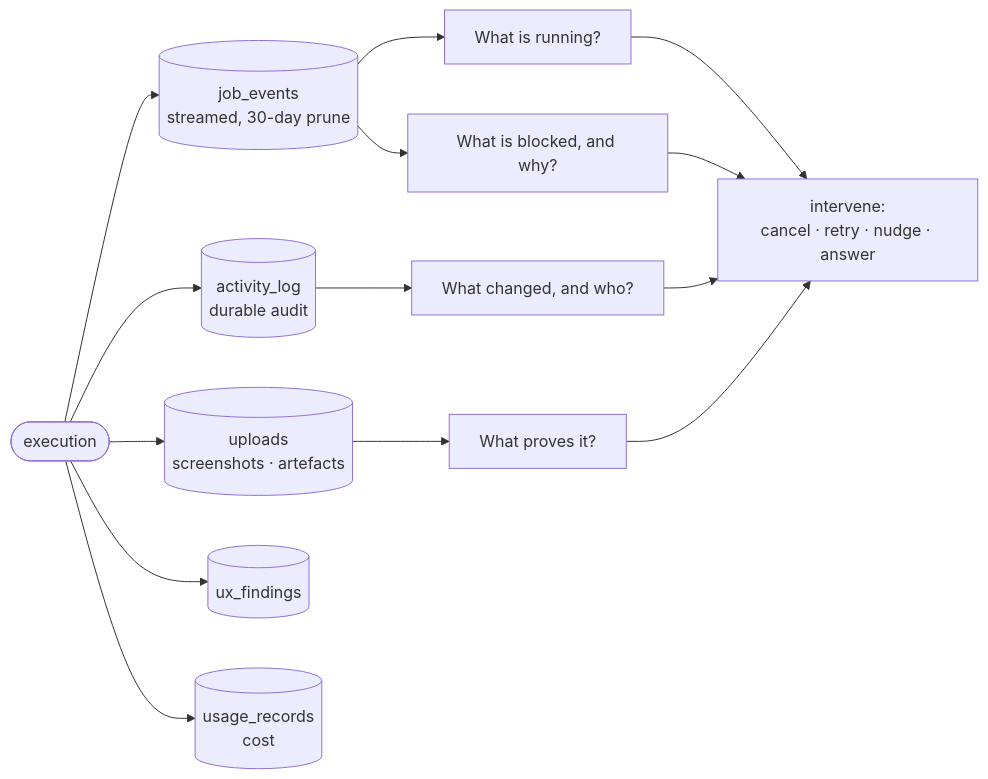
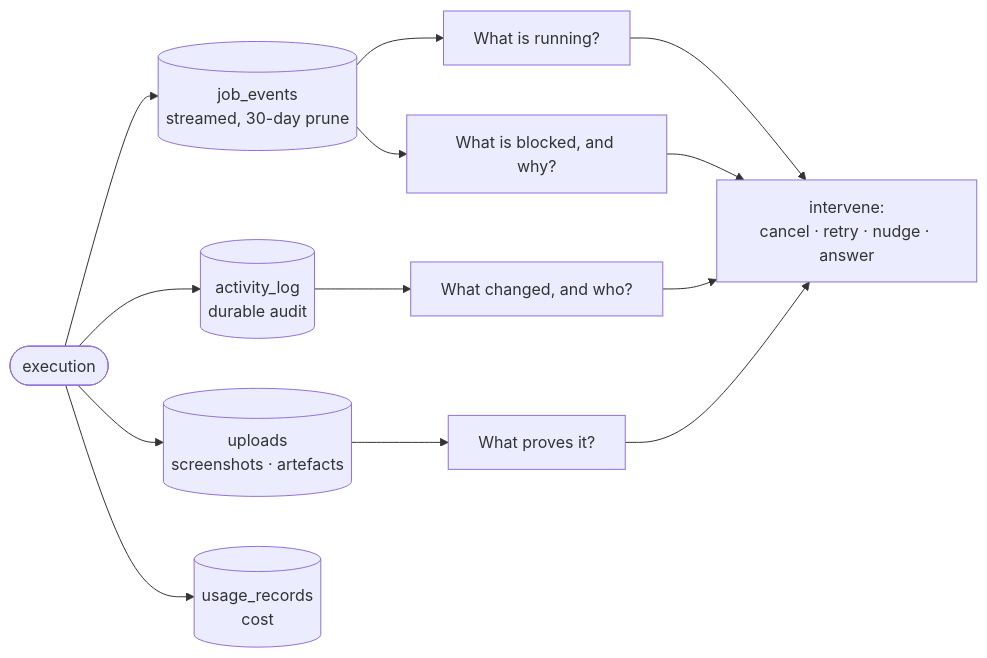
One commit to SidCorp-co/forge changed the diagram in docs/modules/control-observability/README.md. Above: the diagram before and after it, drawn with Mermaid. The commit also changed other lines of this file and 58 other files, not shown here.

````diff
--- a/docs/modules/control-observability/README.md
+++ b/docs/modules/control-observability/README.md
@@ -6,13 +6,12 @@
 ```mermaid
 flowchart LR
   EXEC([execution]) --> EV[(job_events<br/>streamed, 30-day prune)]
   EXEC --> AL[(activity_log<br/>durable audit)]
   EXEC --> UP[(uploads<br/>screenshots · artefacts)]
-  EXEC --> UX[(ux_findings)]
   EXEC --> UR[(usage_records<br/>cost)]
   EV --> Q1[What is running?]
   AL --> Q2[What changed, and who?]
   EV --> Q3[What is blocked, and why?]
   UP --> Q4[What proves it?]
   Q1 & Q2 & Q3 & Q4 --> ACT[intervene:<br/>cancel · retry · nudge · answer]
 ```
````
